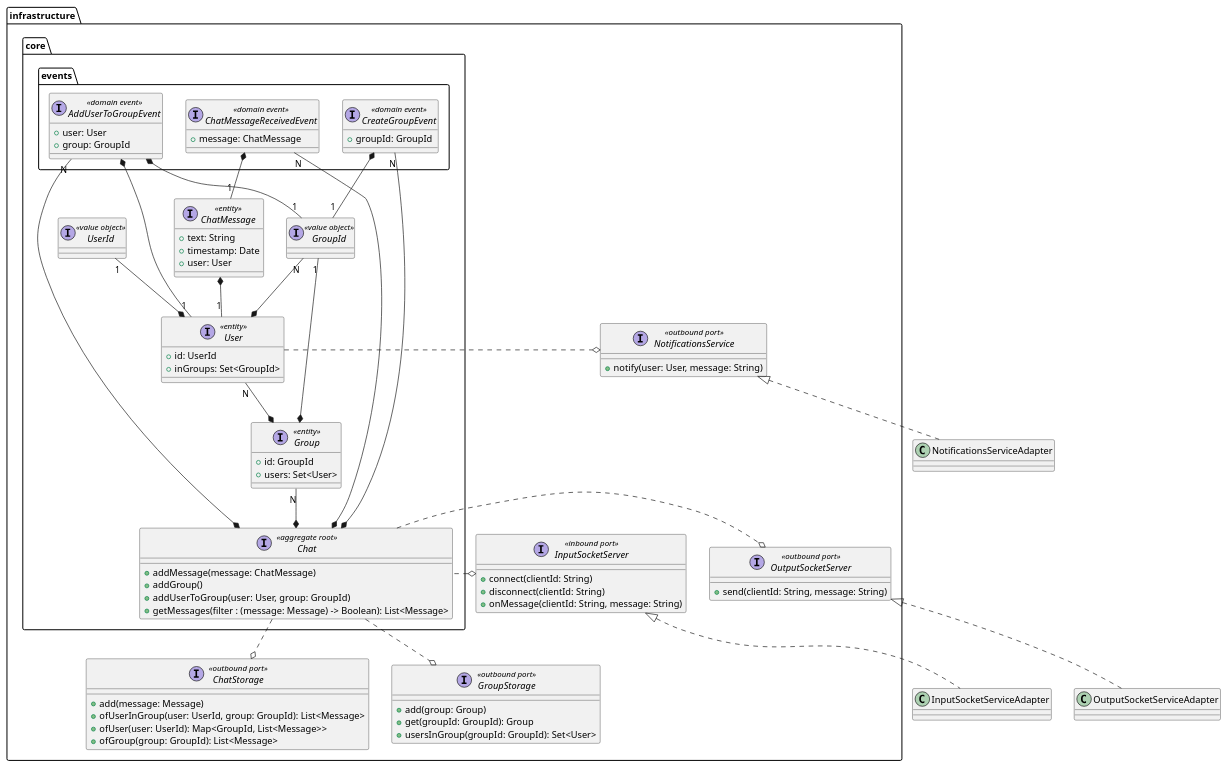
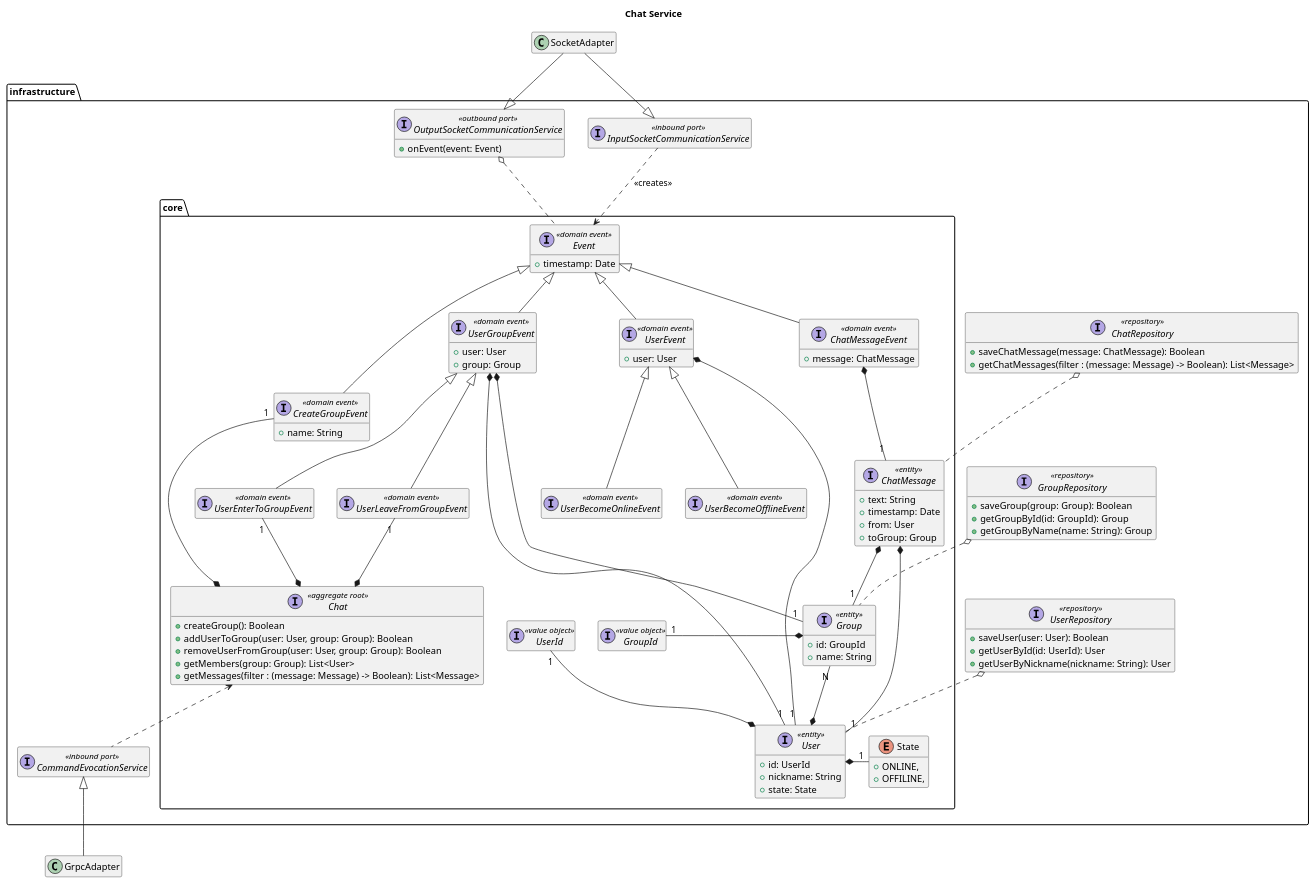
One commit to position-pal/Documentation changed the diagram in content/schemas/chat-service.puml. Above: the diagram before and after it, drawn with PlantUML.

Commit message:
doc: total refactor of chat-service.puml

```diff
--- a/content/schemas/chat-service.puml
+++ b/content/schemas/chat-service.puml
@@ -1,120 +1,140 @@
 @startuml chat-service
+title Chat Service
+hide empty members
 
-    package infrastructure {
+package infrastructure {
 
-        package core {
-                interface ChatMessage <<entity>> {
-                    + text: String
-                    + timestamp: Date
-                    + user: User
-                }
-
-                ChatMessage *-r- "1" User
-
-                interface User <<entity>> {
-                    + id: UserId
-                    + inGroups: Set<GroupId>
-                }
-                interface UserId <<value object>>
-                interface GroupId <<value object>>
-    
-                User *-u- "1" UserId
-                User *-u- "N" GroupId
-
-                package events {
-                    
-                    interface ChatMessageReceivedEvent <<domain event>> {
-                        + message: ChatMessage
-                    }
-    
-                    ChatMessageReceivedEvent *-- "1" ChatMessage
-
-                    interface CreateGroupEvent <<domain event>> {
-                        + groupId: GroupId
-                    }
-                    
-                    CreateGroupEvent *-- "1" GroupId
-
-
-                    interface AddUserToGroupEvent <<domain event>> {
-                        + user: User
-                        + group: GroupId
-                    }
-
-                    AddUserToGroupEvent *-- "1" User
-                    AddUserToGroupEvent *-- "1" GroupId
-                }
-                            
-                interface Chat <<aggregate root>> {
-                    + addMessage(message: ChatMessage)
-                    + addGroup()
-                    + addUserToGroup(user: User, group: GroupId)
-                    + getMessages(filter : (message: Message) -> Boolean): List<Message>
-                }
-
-                Chat *-r- "N" ChatMessageReceivedEvent
-                Chat *-u- "N" CreateGroupEvent
-                Chat *-u- "N" AddUserToGroupEvent
-
-
-                interface Group <<entity>> {
-                    + id: GroupId
-                    + users: Set<User>
-                }
-
-                Group *-u- "N" User
-                Group *-u- "1" GroupId
-
-                Chat *-u- "N" Group
-
+    package core {
+        
+        interface Event <<domain event>> {
+            + timestamp: Date
         }
 
-        interface ChatStorage <<outbound port>> {
-            + add(message: Message)
-            + ofUserInGroup(user: UserId, group: GroupId): List<Message>
-            + ofUser(user: UserId): Map<GroupId, List<Message>>
-            + ofGroup(group: GroupId): List<Message>
+        interface ChatMessageEvent <<domain event>> extends Event {
+            + message: ChatMessage
+        }
+
+        interface CreateGroupEvent <<domain event>> extends Event {
+            + name: String
+        }
+
+        interface UserGroupEvent <<domain event>> extends Event {
+            + user: User
+            + group: Group
+        }
+
+        interface UserEvent <<domain event>> extends Event {
+            + user: User
+        }
+
+        interface UserEnterToGroupEvent <<domain event>> extends UserGroupEvent
+
+        interface UserLeaveFromGroupEvent <<domain event>> extends UserGroupEvent
+
+        interface UserBecomeOnlineEvent <<domain event>> extends UserEvent
+
+        interface UserBecomeOfflineEvent <<domain event>> extends UserEvent 
+
+        ChatMessageEvent *-- "1" ChatMessage
+        
+        UserGroupEvent *-- "1" User
+        UserGroupEvent *-- "1" Group
+
+        UserEvent *-- "1" User
+        
+        interface ChatMessage <<entity>> {
+            + text: String
+            + timestamp: Date
+            + from: User
+            + toGroup: Group
+        }
+
+        interface User <<entity>> {
+            + id: UserId
+            + nickname: String
+            + state: State
+        }
+
+        interface UserId <<value object>>
+
+        enum State {
+            + ONLINE,
+            + OFFILINE,
+        }
+
+        interface Group <<entity>> {
+            + id: GroupId
+            + name: String
+        }
+
+        Group *-l- "1" GroupId 
+
+        interface GroupId <<value object>>
+
+        ChatMessage *-r- "1" User
+        ChatMessage *-d- "1" Group
+        User *-u- "N" Group
+        User *-r- "1" State
+        User *-u- "1" UserId
+
+        interface Chat <<aggregate root>> {
+            + createGroup(): Boolean
+            + addUserToGroup(user: User, group: Group): Boolean
+            + removeUserFromGroup(user: User, group: Group): Boolean
+            + getMembers(group: Group): List<User>
+            + getMessages(filter : (message: Message) -> Boolean): List<Message>
         }
         
-        ChatStorage o.up. Chat
-
-        interface GroupStorage <<outbound port>> {
-            + add(group: Group)
-            + get(groupId: GroupId): Group
-            + usersInGroup(groupId: GroupId): Set<User>
-        }
-
-        GroupStorage o.up. Chat
-
-        
-
-        interface InputSocketServer <<inbound port>> {
-            + connect(clientId: String)
-            + disconnect(clientId: String)
-            + onMessage(clientId: String, message: String)
-        }
-
-        InputSocketServer o.r. Chat
-
-        interface OutputSocketServer <<outbound port>> {
-            + send(clientId: String, message: String)
-        }
-
-        OutputSocketServer o.l. Chat
-        
-
-        interface NotificationsService <<outbound port>> {
-            + notify(user: User, message: String)
-        }
-
-        NotificationsService o.l. User
-
+        Chat *-u- "1" CreateGroupEvent
+        Chat *-u- "1" UserEnterToGroupEvent
+        Chat *-u- "1" UserLeaveFromGroupEvent   
     }
 
-    class NotificationsServiceAdapter implements infrastructure.NotificationsService
-    class InputSocketServiceAdapter implements infrastructure.InputSocketServer
-    class OutputSocketServiceAdapter implements infrastructure.OutputSocketServer
+    
+    interface ChatRepository <<repository>> {
+        + saveChatMessage(message: ChatMessage): Boolean
+        + getChatMessages(filter : (message: Message) -> Boolean): List<Message>
+    }
 
+    interface UserRepository <<repository>> {
+        + saveUser(user: User): Boolean
+        + getUserById(id: UserId): User
+        + getUserByNickname(nickname: String): User
+    }
 
+    interface GroupRepository <<repository>> {
+        + saveGroup(group: Group): Boolean
+        + getGroupById(id: GroupId): Group
+        + getGroupByName(name: String): Group
+    }
+
+    ChatRepository o.. ChatMessage
+    GroupRepository o.. Group
+    UserRepository o.. User
+    
+
+    interface OutputSocketCommunicationService <<outbound port>> {
+        + onEvent(event: Event)
+    }
+
+    OutputSocketCommunicationService o.. Event
+
+    interface InputSocketCommunicationService <<inbound port>> 
+
+    InputSocketCommunicationService ..> Event: <<creates>>
+
+    interface CommandEvocationService <<inbound port>>
+
+    CommandEvocationService .u.> Chat
+}
+
+class SocketAdapter
+
+SocketAdapter --|> OutputSocketCommunicationService
+SocketAdapter --|> InputSocketCommunicationService
+
+class GrpcAdapter
+
+GrpcAdapter -u-|> CommandEvocationService
 
 @enduml
```
